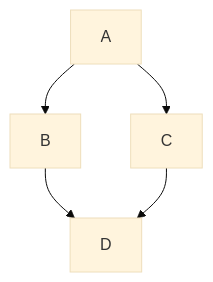
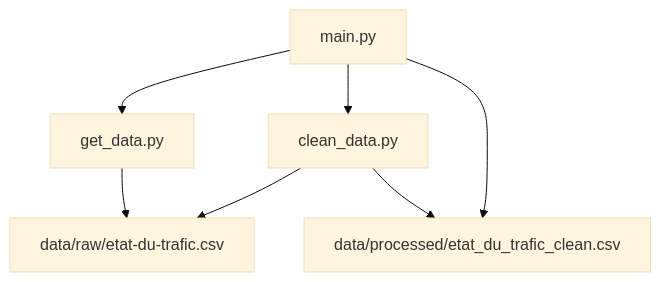
The diagram in README.md (yanis-nouili/DataProject), drawn with Mermaid (base theme) before and after one commit. The commit also changed other lines of this file, not shown here.

Commit message:
Mise à jour du README

````diff
--- a/README.md
+++ b/README.md
@@ -129,11 +129,16 @@
 ```mermaid
-%%{init: { "fontFamily": "GitLab Sans" }}%%
+%%{init: { "fontFamily": "GitLab Sans" } }%%
 graph TD
-    accTitle: Basic Mermaid diagram example
-    accDescr: Simple flowchart showing nodes A, B, C, and D with connections between them.
 
-  A-->B;
-  A-->C;
-  B-->D;
-  C-->D;
+    accTitle: Architecture du projet DataProject
+    accDescr: Diagramme montrant les relations entre main.py, clean_data.py, get_data.py et les fichiers CSV.
+
+    A[main.py] --> B[clean_data.py];
+    A --> C[get_data.py];
+
+    C --> R[data/raw/etat-du-trafic.csv];
+    B --> R;
+
+    B --> P[data/processed/etat_du_trafic_clean.csv];
+    A --> P;
 ```
````
